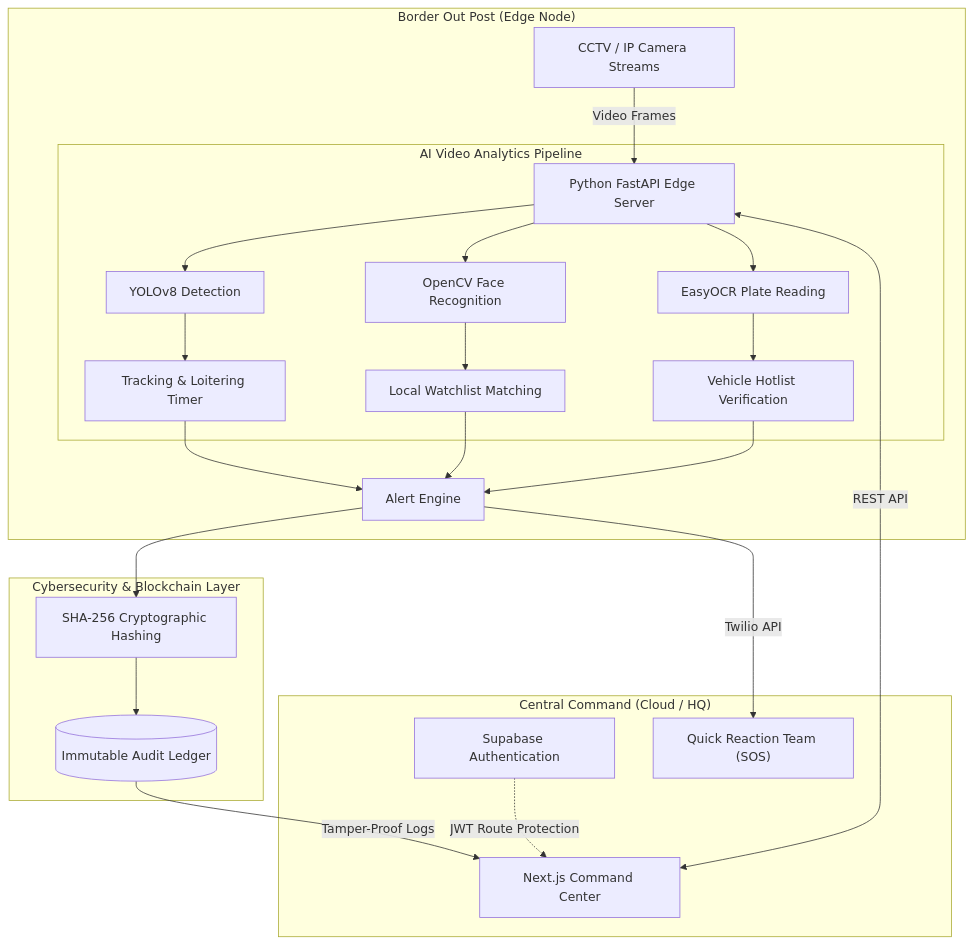
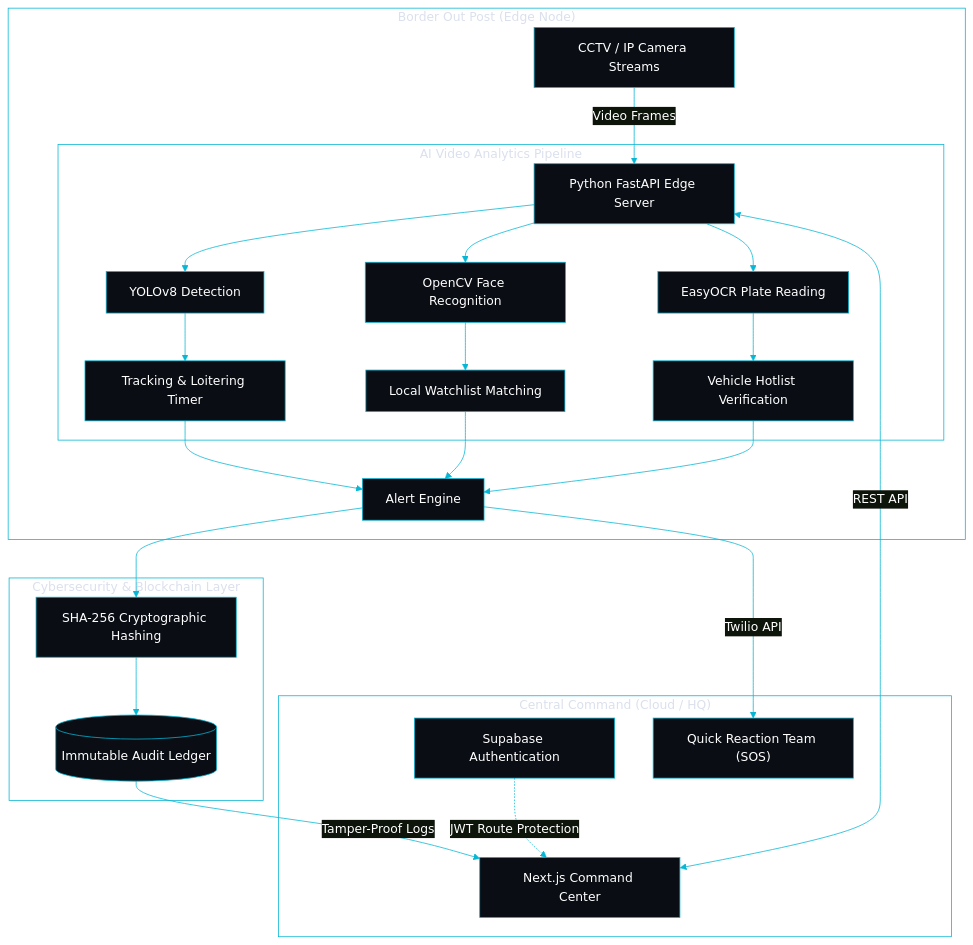
Before and after one commit to sharvarianand/TRINETRA: the first of 2 diagrams in README.md, drawn with Mermaid. The commit also changed other lines of this file, not shown here.

Commit message:
docs: inject custom cyan theme into github mermaid diagrams

````diff
--- a/README.md
+++ b/README.md
@@ -58,32 +58,43 @@
 ```mermaid
+%%{init: {
+  'theme': 'base',
+  'themeVariables': {
+    'primaryColor': '#0a0d14',
+    'primaryBorderColor': '#06b6d4',
+    'primaryTextColor': '#ffffff',
+    'lineColor': '#06b6d4',
+    'clusterBkg': 'transparent',
+    'clusterBorder': '#06b6d4'
+  }
+}}%%
 graph TD
     subgraph "Border Out Post (Edge Node)"
         CCTV["CCTV / IP Camera Streams"] --> |Video Frames| EdgeProcessing["Python FastAPI Edge Server"]
         
         subgraph "AI Video Analytics Pipeline"
             EdgeProcessing --> YOLO["YOLOv8 Detection"]
             EdgeProcessing --> FRS["OpenCV Face Recognition"]
             EdgeProcessing --> ANPR["EasyOCR Plate Reading"]
             
             YOLO --> Track["Tracking & Loitering Timer"]
             FRS --> Watchlist["Local Watchlist Matching"]
             ANPR --> Hotlist["Vehicle Hotlist Verification"]
         end
         
         Track --> AlertGen["Alert Engine"]
         Watchlist --> AlertGen
         Hotlist --> AlertGen
     end
 
     subgraph "Cybersecurity & Blockchain Layer"
         AlertGen --> HashEngine["SHA-256 Cryptographic Hashing"]
         HashEngine --> ImmutableLog[("Immutable Audit Ledger")]
     end
 
     subgraph "Central Command (Cloud / HQ)"
         Auth["Supabase Authentication"] -.-> |JWT Route Protection| Frontend["Next.js Command Center"]
         Frontend <--> |REST API| EdgeProcessing
         ImmutableLog --> |Tamper-Proof Logs| Frontend
         AlertGen --> |Twilio API| QRT["Quick Reaction Team (SOS)"]
     end
 ```
````
